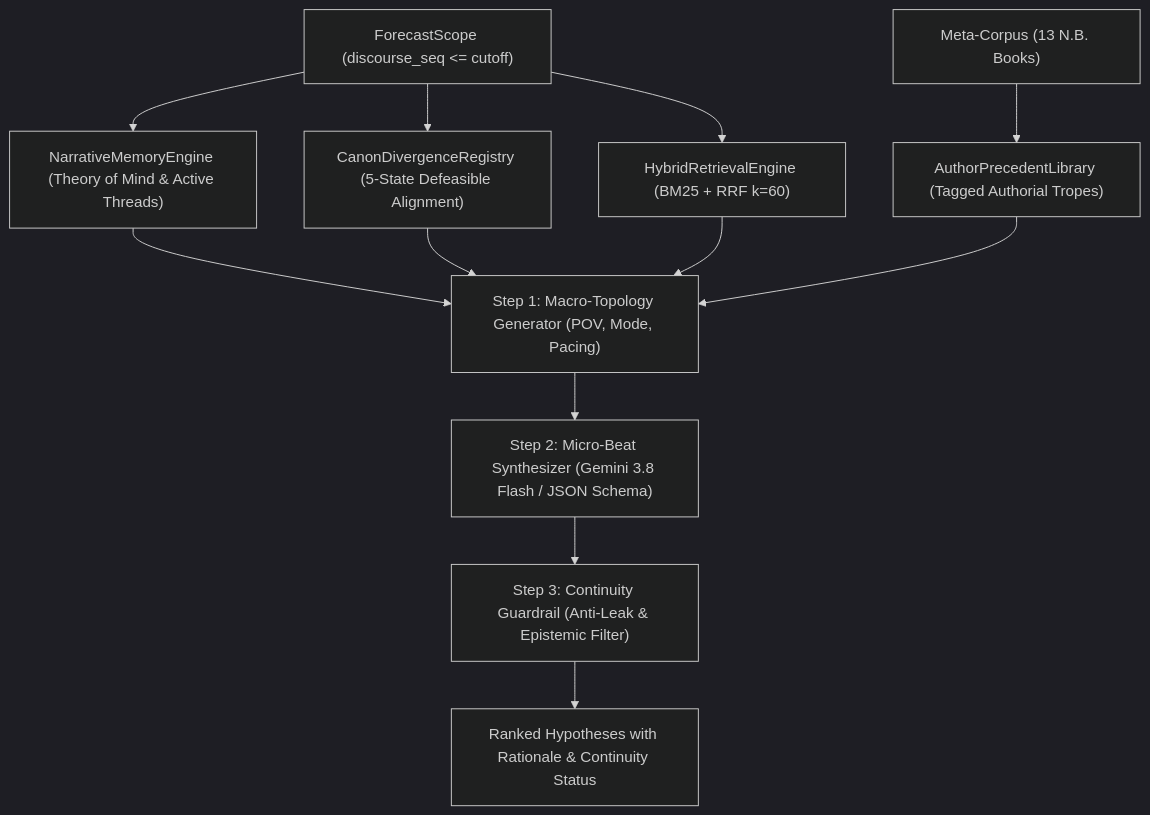
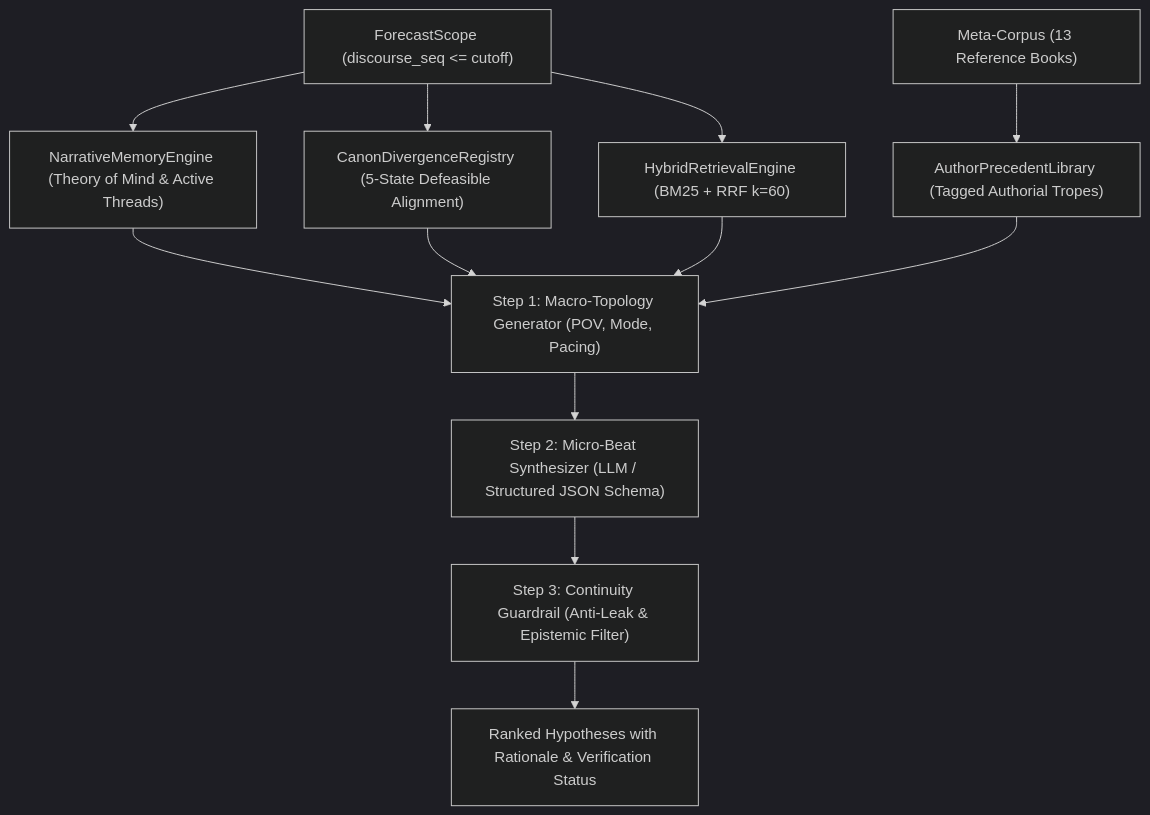
Before and after one commit to kok-o/story-forecaster: the diagram in README.md, drawn with Mermaid (dark theme). The commit also changed other lines of this file and 1 other file, not shown here.

Commit message:
docs: clean up README, remove emojis and em-dashes, clarify model-agnostic LLM architecture

````diff
--- a/README.md
+++ b/README.md
@@ -38,12 +26,12 @@
 ```mermaid
 flowchart TD
     Scope["ForecastScope (discourse_seq <= cutoff)"] --> Memory["NarrativeMemoryEngine (Theory of Mind & Active Threads)"]
     Scope --> Canon["CanonDivergenceRegistry (5-State Defeasible Alignment)"]
     Scope --> Retrieval["HybridRetrievalEngine (BM25 + RRF k=60)"]
-    MetaCorpus["Meta-Corpus (13 N.B. Books)"] --> Precedents["AuthorPrecedentLibrary (Tagged Authorial Tropes)"]
+    MetaCorpus["Meta-Corpus (13 Reference Books)"] --> Precedents["AuthorPrecedentLibrary (Tagged Authorial Tropes)"]
 
     Memory & Canon & Retrieval & Precedents --> Step1["Step 1: Macro-Topology Generator (POV, Mode, Pacing)"]
-    Step1 --> Step2["Step 2: Micro-Beat Synthesizer (Gemini 3.8 Flash / JSON Schema)"]
+    Step1 --> Step2["Step 2: Micro-Beat Synthesizer (LLM / Structured JSON Schema)"]
     Step2 --> Verifier["Step 3: Continuity Guardrail (Anti-Leak & Epistemic Filter)"]
-    Verifier --> Output["Ranked Hypotheses with Rationale & Continuity Status"]
+    Verifier --> Output["Ranked Hypotheses with Rationale & Verification Status"]
 ```
````
